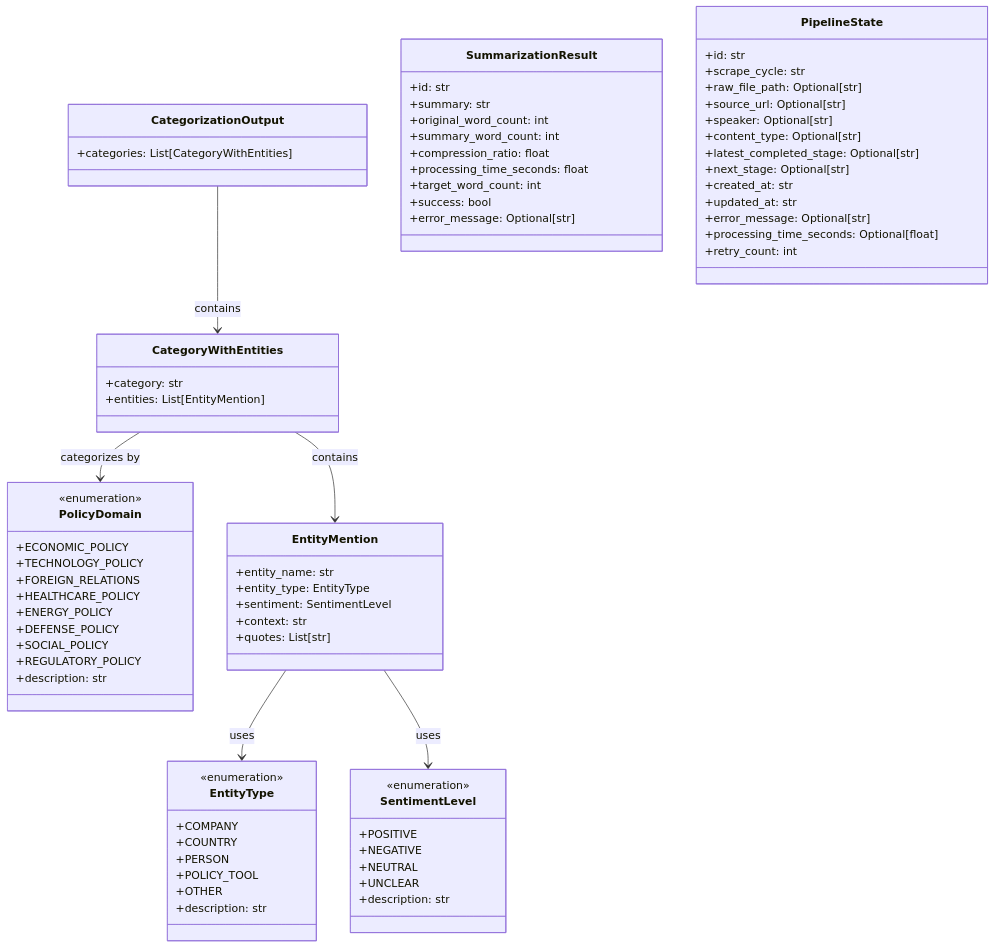
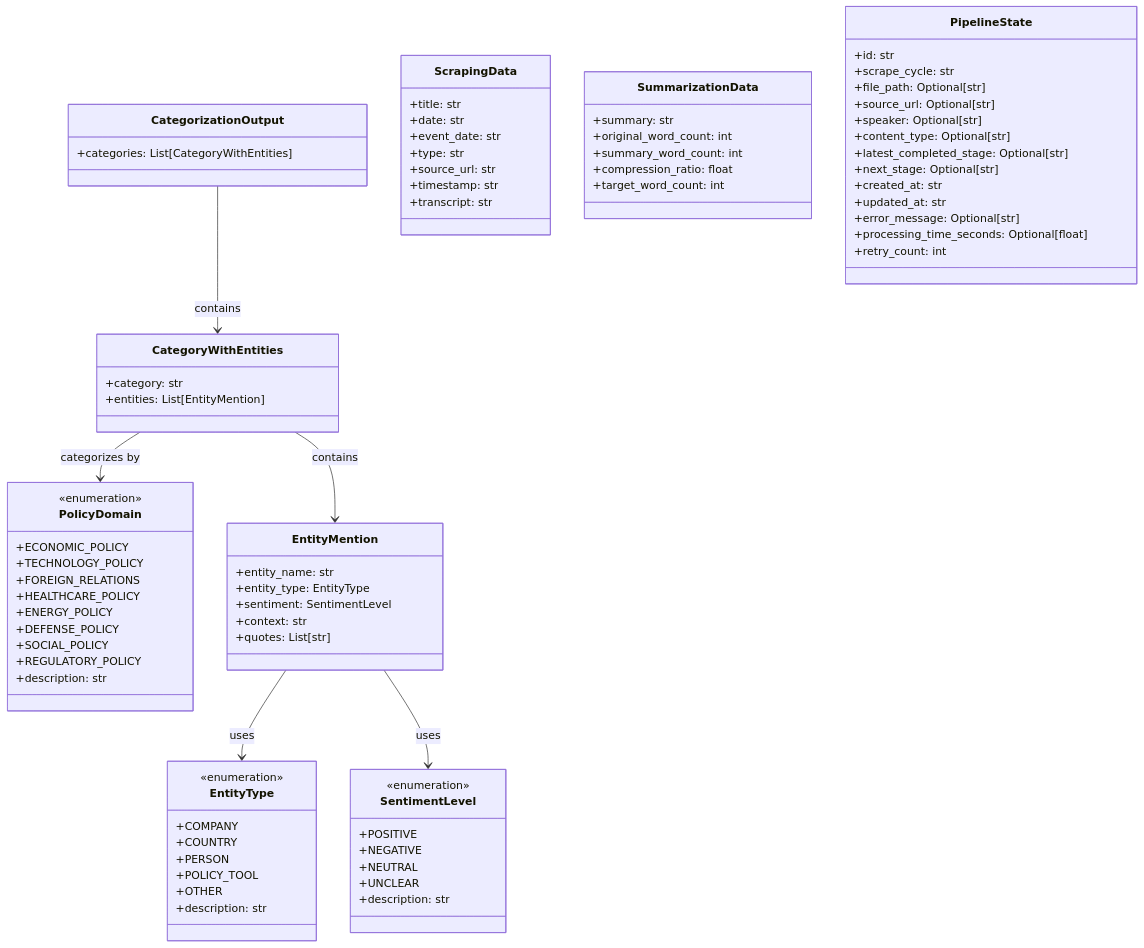
Before and after one commit to dmitriyratu/DiscourseKG: the third of 3 diagrams in documentation/architecture.md, drawn with Mermaid. The commit also changed other lines of this file and 29 other files, not shown here.

First line of the commit message:
refactor: enhance pipeline architecture and introduce discovery stage

```diff
--- a/documentation/architecture.md
+++ b/documentation/architecture.md
@@ -186,22 +203,28 @@
         +categories: List[CategoryWithEntities]
     }
     
-    class SummarizationResult {
-        +id: str
+    class ScrapingData {
+        +title: str
+        +date: str
+        +event_date: str
+        +type: str
+        +source_url: str
+        +timestamp: str
+        +transcript: str
+    }
+    
+    class SummarizationData {
         +summary: str
         +original_word_count: int
         +summary_word_count: int
         +compression_ratio: float
-        +processing_time_seconds: float
         +target_word_count: int
-        +success: bool
-        +error_message: Optional[str]
     }
     
     class PipelineState {
         +id: str
         +scrape_cycle: str
-        +raw_file_path: Optional[str]
+        +file_path: Optional[str]
         +source_url: Optional[str]
         +speaker: Optional[str]
         +content_type: Optional[str]
```
